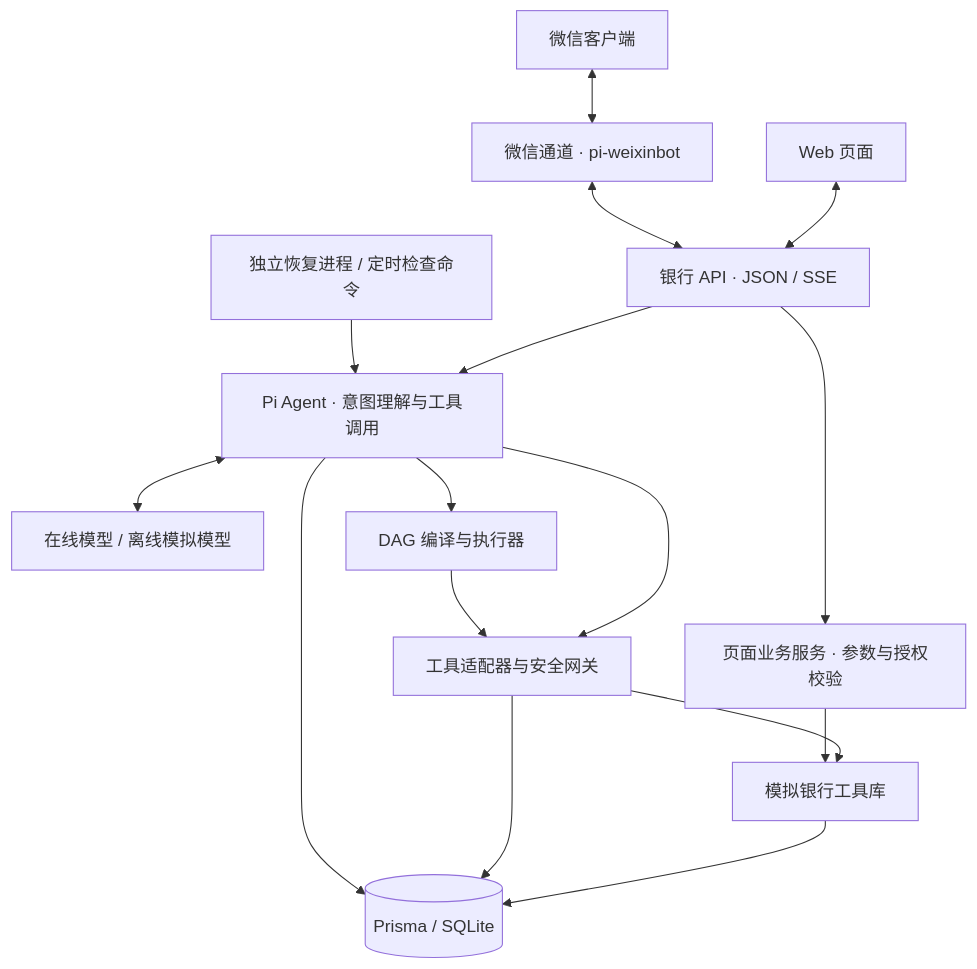
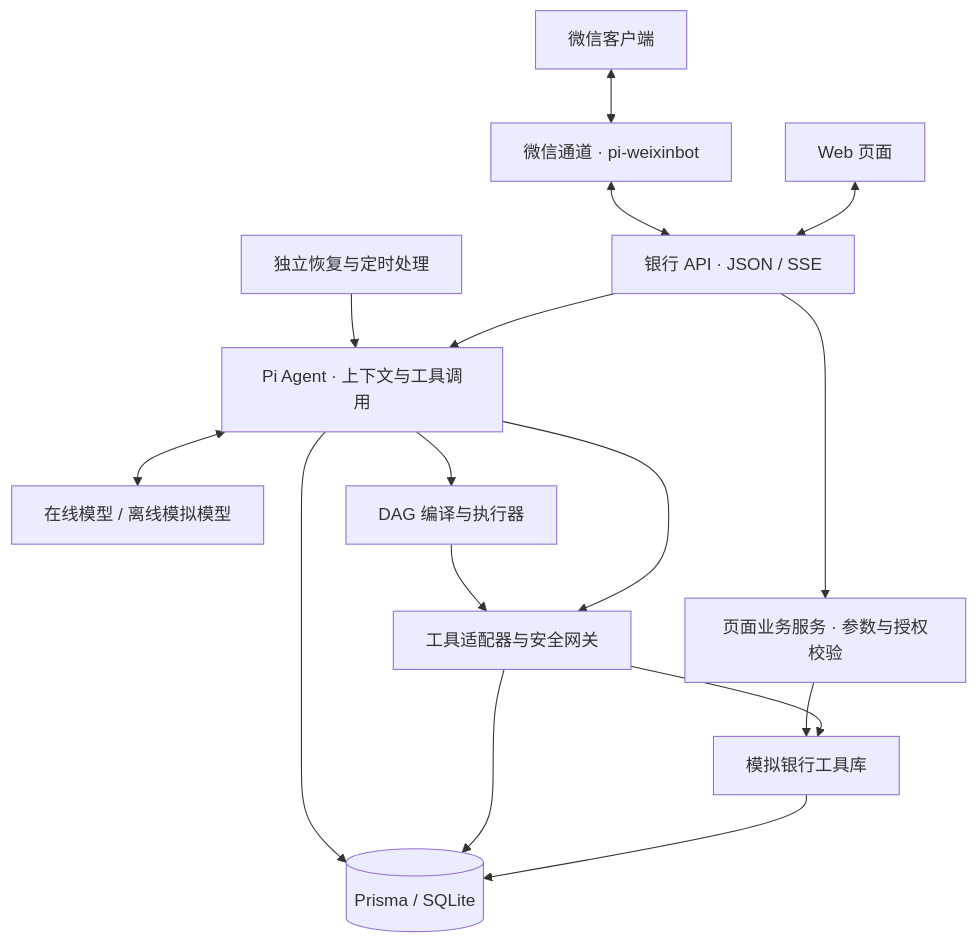
Before and after one commit to Zhenyu2Liang/evox-omni: the first of 3 diagrams in docs/competition/技术文档.md, drawn with Mermaid. The commit also changed other lines of this file and 1 other file, not shown here.

Commit message:
docs: expand competition architecture and security assessment

````diff
--- a/docs/competition/技术文档.md
+++ b/docs/competition/技术文档.md
@@ -32,18 +36,18 @@
 ```mermaid
 flowchart TB
     WEB[Web 页面] <--> API[银行 API · JSON / SSE]
     WX[微信客户端] <--> BOT[微信通道 · pi-weixinbot]
     BOT <--> API
-    API --> AGENT[Pi Agent · 意图理解与工具调用]
+    API --> AGENT[Pi Agent · 上下文与工具调用]
     API --> PAGE[页面业务服务 · 参数与授权校验]
     AGENT <--> LLM[在线模型 / 离线模拟模型]
     AGENT --> PLAN[DAG 编译与执行器]
     AGENT --> GATE[工具适配器与安全网关]
     PLAN --> GATE
     GATE --> SDK[模拟银行工具库]
     PAGE --> SDK
     SDK --> DB[(Prisma / SQLite)]
     GATE --> DB
     AGENT --> DB
-    WORKER[独立恢复进程 / 定时检查命令] --> AGENT
+    WORKER[独立恢复与定时处理] --> AGENT
 ```
````
